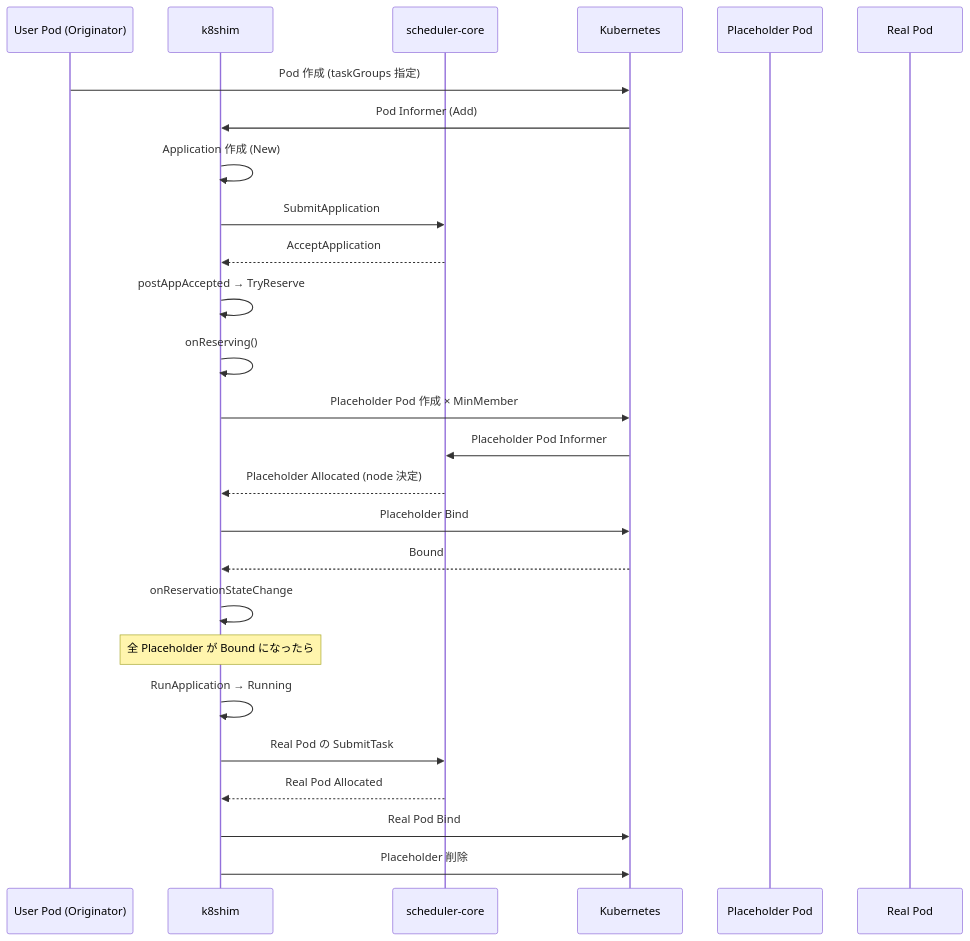
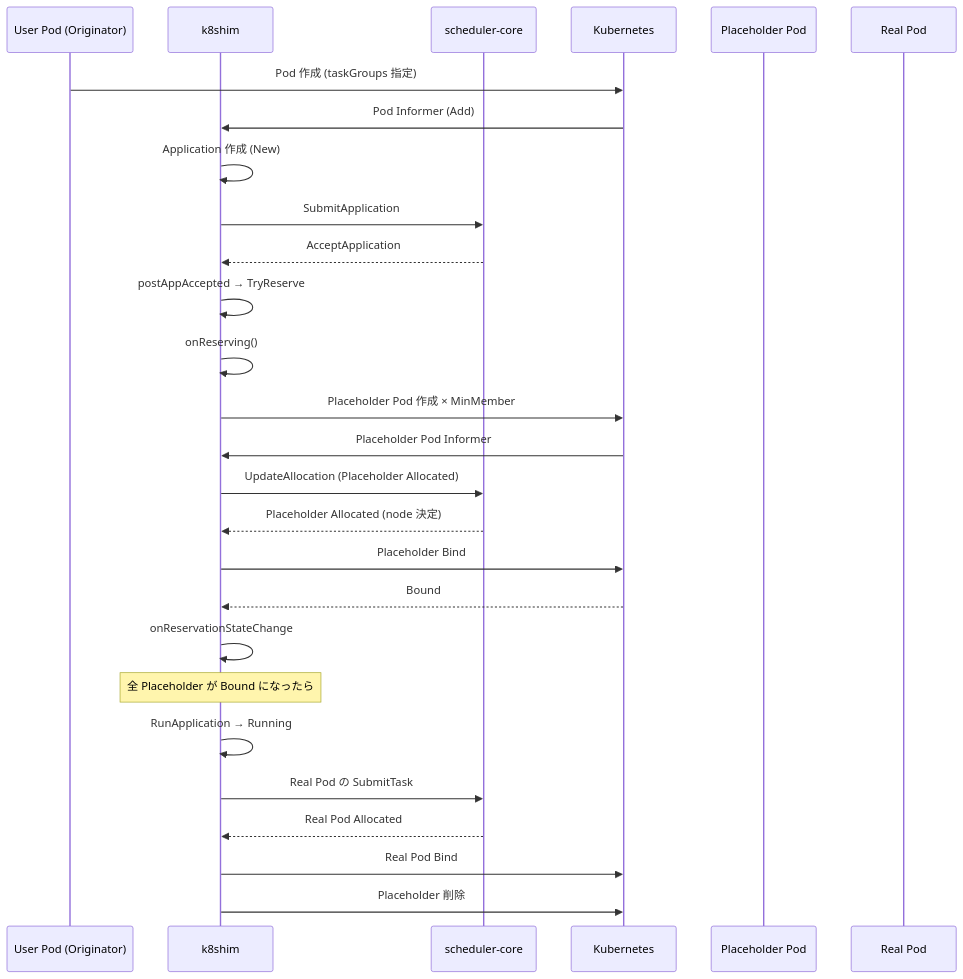
Before and after one commit to miyamadoKL/source-code-reading: the second of 2 diagrams in yunikorn/yunikorn-k8shim/part01-cache/05-task-and-placeholder.md, drawn with Mermaid. The commit also changed other lines of this file and 9 other files, not shown here.

Commit message:
yunikorn-k8shim: codex レビュー指摘の修正(Task 状態遷移、placeholder、admission の説明ほか18件)

````diff
--- a/yunikorn/yunikorn-k8shim/part01-cache/05-task-and-placeholder.md
+++ b/yunikorn/yunikorn-k8shim/part01-cache/05-task-and-placeholder.md
@@ -599,29 +599,30 @@
 ```mermaid
 sequenceDiagram
     participant User as User Pod (Originator)
     participant Shim as k8shim
     participant Core as scheduler-core
     participant K8s as Kubernetes
     participant PH as Placeholder Pod
     participant Real as Real Pod
 
     User->>K8s: Pod 作成 (taskGroups 指定)
     K8s->>Shim: Pod Informer (Add)
     Shim->>Shim: Application 作成 (New)
     Shim->>Core: SubmitApplication
     Core-->>Shim: AcceptApplication
     Shim->>Shim: postAppAccepted → TryReserve
     Shim->>Shim: onReserving()
     Shim->>K8s: Placeholder Pod 作成 × MinMember
-    K8s->>Core: Placeholder Pod Informer
+    K8s->>Shim: Placeholder Pod Informer
+    Shim->>Core: UpdateAllocation (Placeholder Allocated)
     Core-->>Shim: Placeholder Allocated (node 決定)
     Shim->>K8s: Placeholder Bind
     K8s-->>Shim: Bound
     Shim->>Shim: onReservationStateChange
     Note over Shim: 全 Placeholder が Bound になったら
     Shim->>Shim: RunApplication → Running
     Shim->>Core: Real Pod の SubmitTask
     Core-->>Shim: Real Pod Allocated
     Shim->>K8s: Real Pod Bind
     Shim->>K8s: Placeholder 削除
 ```
````
